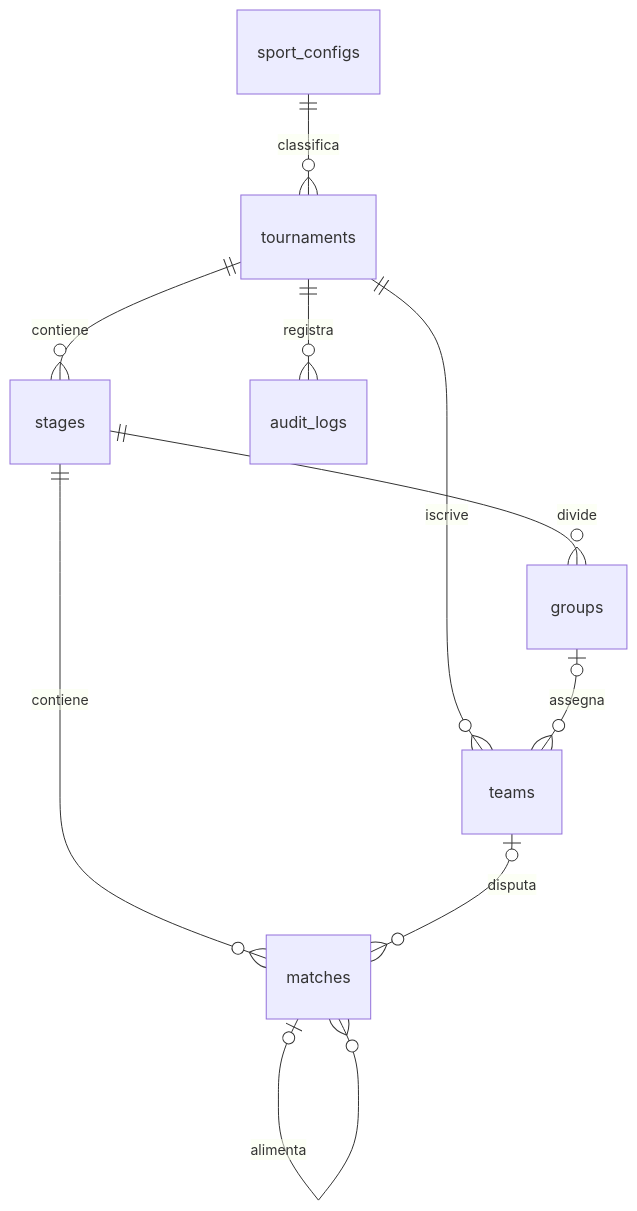
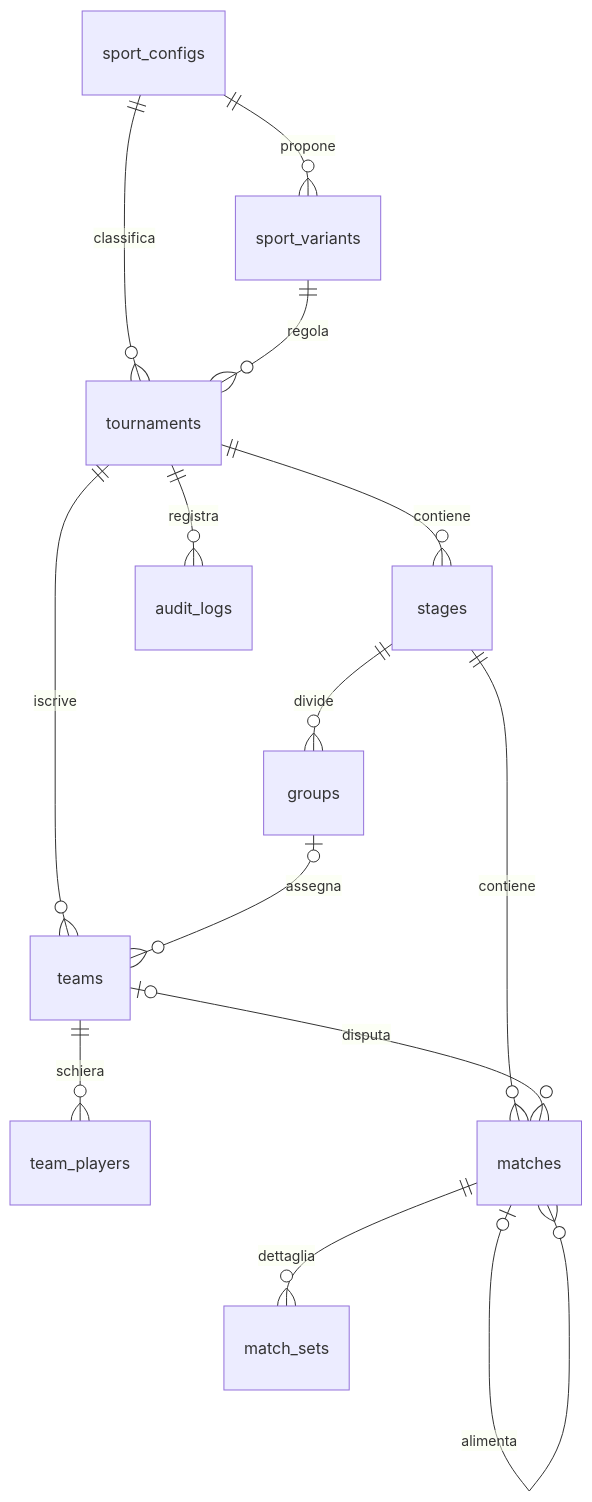
The diagram in docs/DATABASE.md (Leonardo-Lalli/Open-score), drawn with Mermaid before and after one commit. The commit also changed other lines of this file and 9 other files, not shown here.

````diff
--- a/docs/DATABASE.md
+++ b/docs/DATABASE.md
@@ -21,12 +26,16 @@
 ```mermaid
 erDiagram
+  sport_configs ||--o{ sport_variants : propone
   sport_configs ||--o{ tournaments : classifica
+  sport_variants ||--o{ tournaments : regola
   tournaments ||--o{ stages : contiene
   tournaments ||--o{ teams : iscrive
+  teams ||--o{ team_players : schiera
   stages ||--o{ groups : divide
   groups o|--o{ teams : assegna
   stages ||--o{ matches : contiene
   teams o|--o{ matches : disputa
+  matches ||--o{ match_sets : dettaglia
   matches o|--o{ matches : alimenta
   tournaments ||--o{ audit_logs : registra
 ```
````
